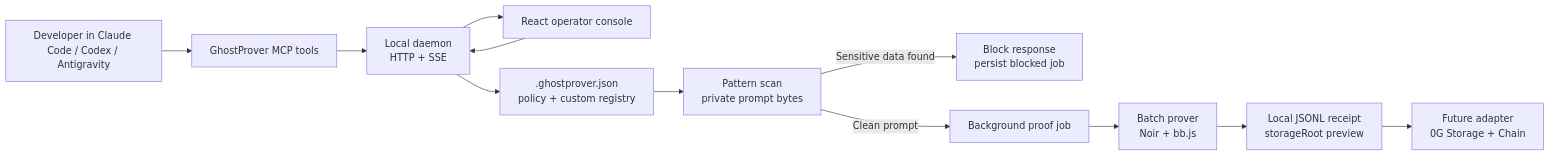
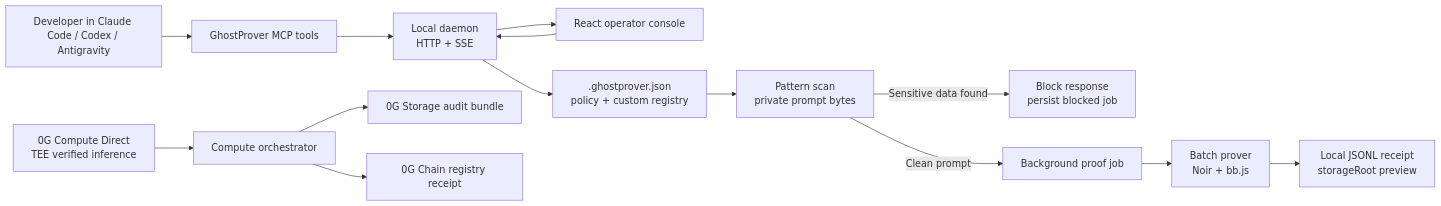
One commit to groverInnovate/GhostProver changed the diagram in README.md. Above: the diagram before and after it, drawn with Mermaid. The commit also changed other lines of this file and 9 other files, not shown here.

Commit message:
fix: sync frontend and MCP integrations with mainnet flow

````diff
--- a/README.md
+++ b/README.md
@@ -40,14 +42,16 @@
 ```mermaid
 flowchart LR
   User["Developer in Claude Code / Codex / Antigravity"] --> MCP["GhostProver MCP tools"]
   Console["React operator console"] --> Daemon["Local daemon\nHTTP + SSE"]
   MCP --> Daemon
   Daemon --> Policy[".ghostprover.json\npolicy + custom registry"]
   Policy --> Scan["Pattern scan\nprivate prompt bytes"]
   Scan -->|Sensitive data found| Block["Block response\npersist blocked job"]
   Scan -->|Clean prompt| Queue["Background proof job"]
   Queue --> Batch["Batch prover\nNoir + bb.js"]
   Batch --> Receipt["Local JSONL receipt\nstorageRoot preview"]
-  Receipt --> Future0G["Future adapter\n0G Storage + Chain"]
+  Live["0G Compute Direct\nTEE verified inference"] --> Orchestrator["Compute orchestrator"]
+  Orchestrator --> Storage["0G Storage audit bundle"]
+  Orchestrator --> Chain["0G Chain registry receipt"]
   Daemon --> Console
 ```
````
